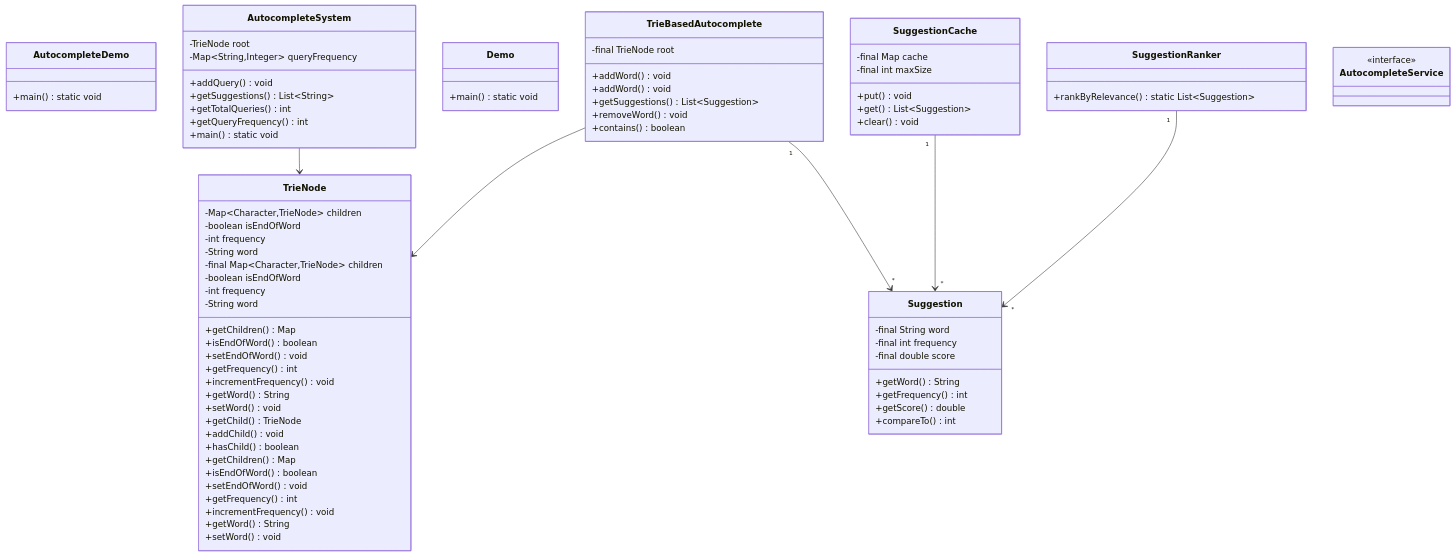
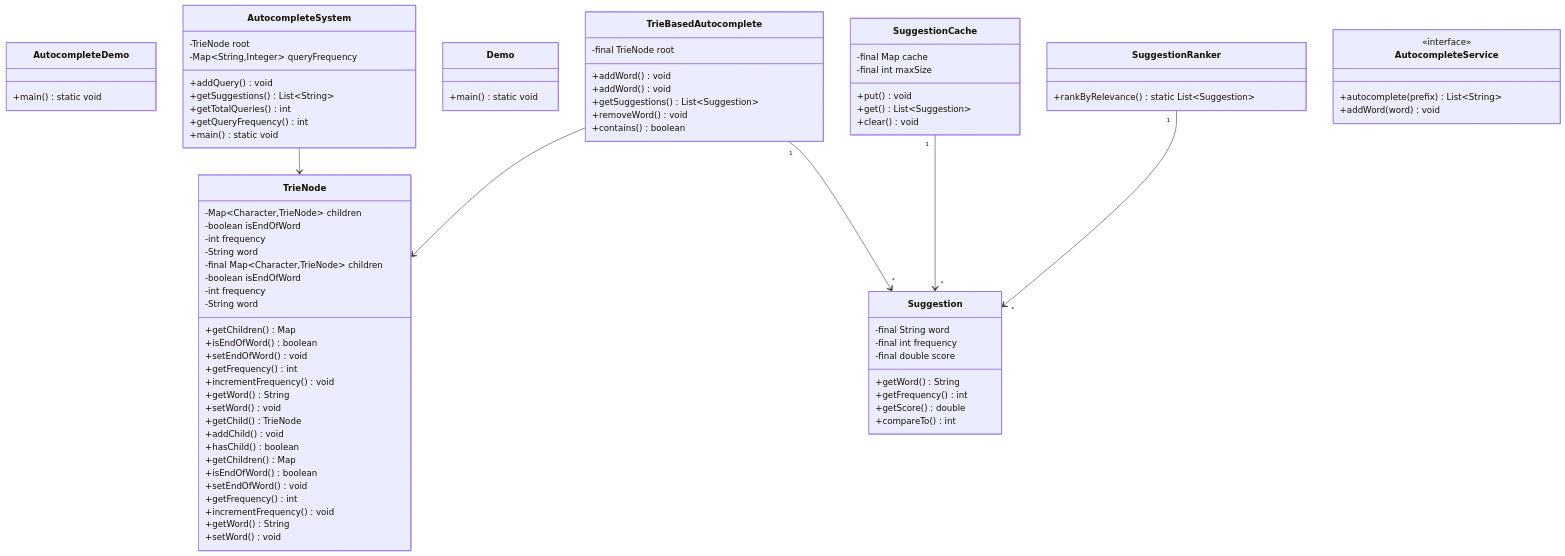
Before and after one commit to dlkr18/lld-playbook: the diagram in docs/problems/autocomplete/README.md, drawn with Mermaid. The commit also changed 95 other files, not shown here.

```diff
--- a/docs/problems/autocomplete/README.md
+++ b/docs/problems/autocomplete/README.md
@@ -138,8 +138,11 @@
         +compareTo() int
     }
 
-    class AutocompleteService
-    <<interface>> AutocompleteService
+    class AutocompleteService {
+        <<interface>>
+        +autocomplete(prefix) List~String~
+        +addWord(word) void
+    }
 
     SuggestionCache "1" --> "*" Suggestion
     AutocompleteSystem --> TrieNode
```
